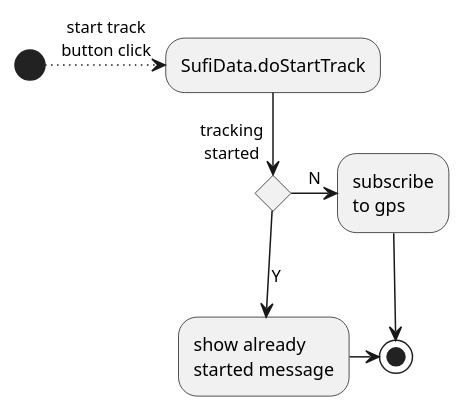
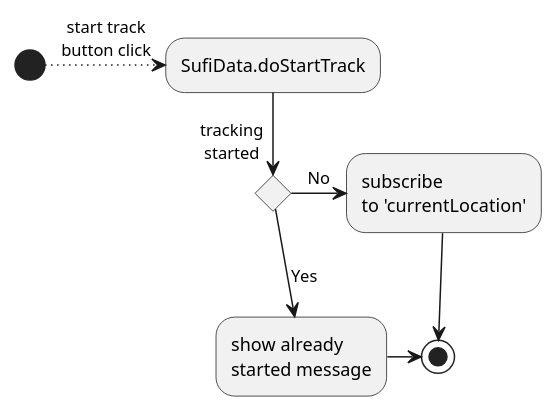
One commit to MARTIMM/Sufitrail changed diagram 13 of 17 in Doc/Designer notes.md. Above: the diagram before and after it, drawn with PlantUML. The commit also changed other lines of this file, not shown here.

````diff
--- a/Doc/Designer notes.md
+++ b/Doc/Designer notes.md
@@ -188,10 +233,10 @@
 ```plantuml
 (*) .>[start track\nbutton click] "SufiData.doStartTrack"
 if tracking\nstarted then
-  -->[Y] "show already\nstarted message"
+  -->[Yes] "show already\nstarted message"
   -> (*)
 else
-  ->[N] "subscribe\nto gps"
+  ->[No] "subscribe\nto 'currentLocation'"
   --> (*)
 endif
 ```
````
